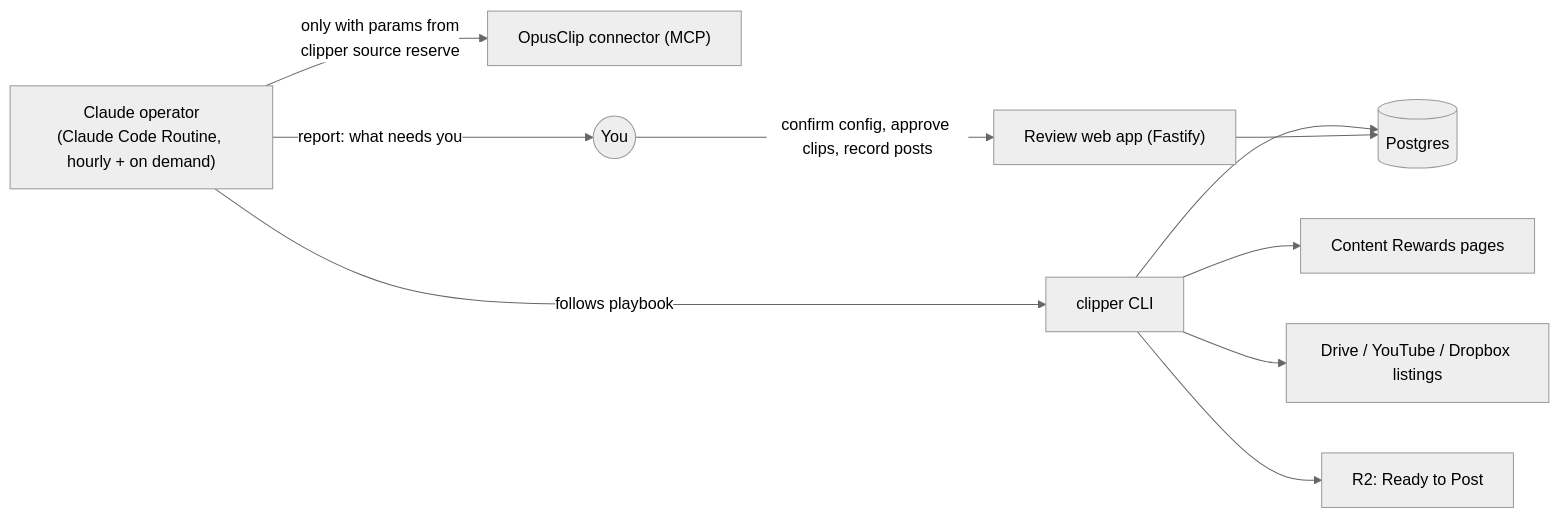
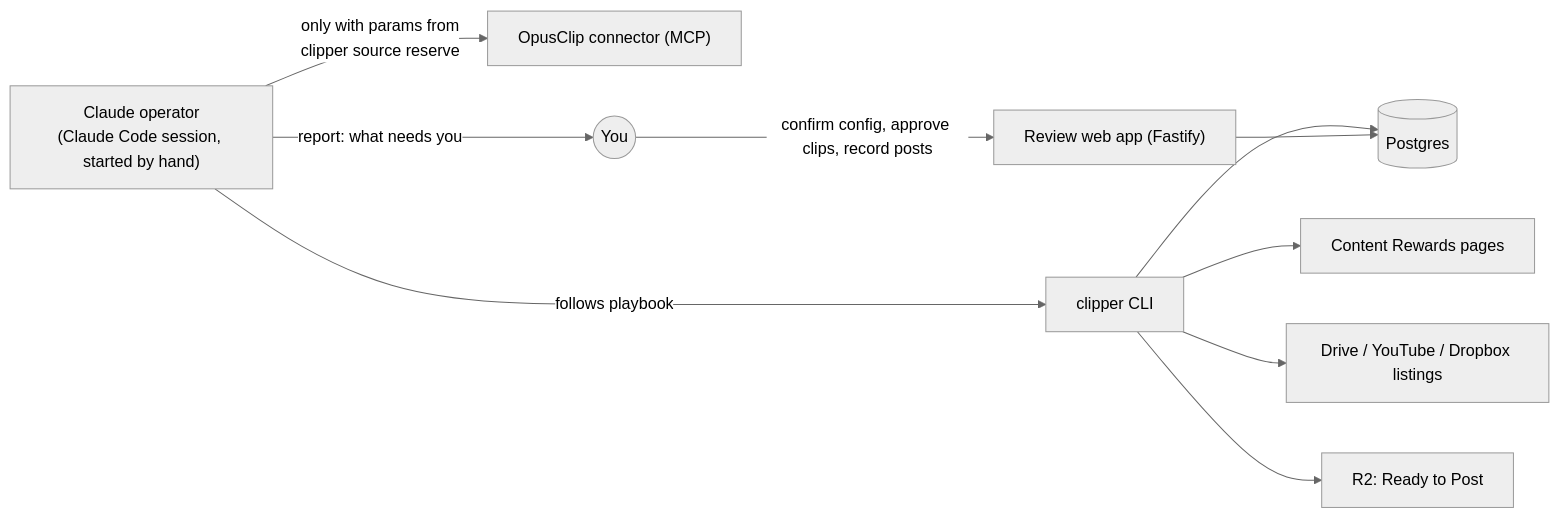
The diagram in docs/ARCHITECTURE.md (misterhedrick/clipper), drawn with Mermaid (neutral theme) before and after one commit. The commit also changed other lines of this file and 5 other files, not shown here.

````diff
--- a/docs/ARCHITECTURE.md
+++ b/docs/ARCHITECTURE.md
@@ -30,13 +30,13 @@
 ```mermaid
 flowchart LR
-  OP["Claude operator<br/>(Claude Code Routine, hourly + on demand)"]
+  OP["Claude operator<br/>(Claude Code session, started by hand)"]
   OP -->|follows playbook| CLI["clipper CLI"]
   OP -->|only with params from<br/>clipper source reserve| OCM["OpusClip connector (MCP)"]
   CLI --> DB[(Postgres)]
   CLI --> CR["Content Rewards pages"]
   CLI --> SRC["Drive / YouTube / Dropbox listings"]
   CLI --> R2["R2: Ready to Post"]
   WEB["Review web app (Fastify)"] --> DB
   HUMAN(("You")) -->|confirm config, approve clips, record posts| WEB
   OP -->|report: what needs you| HUMAN
 ```
````
